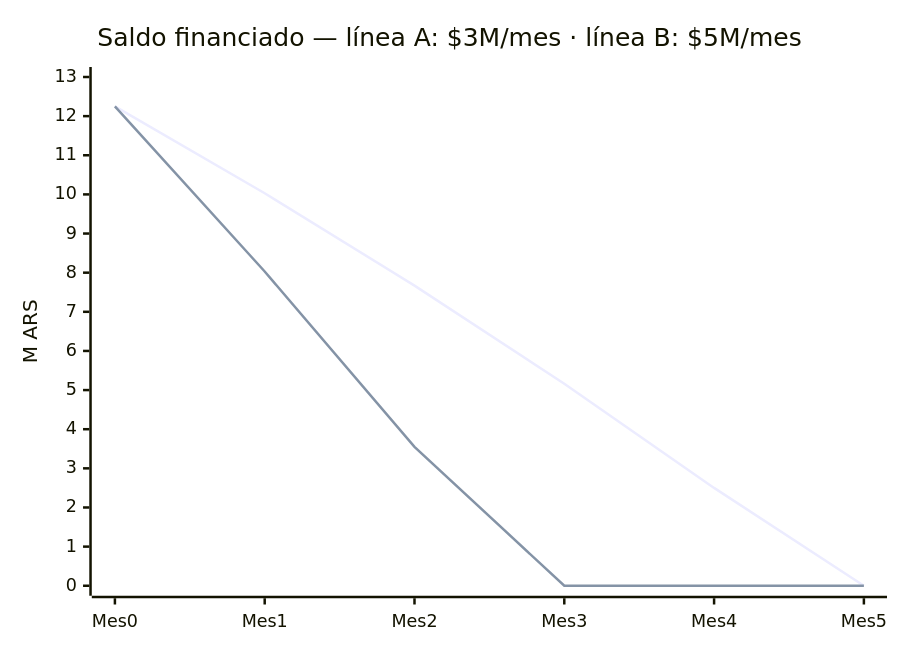
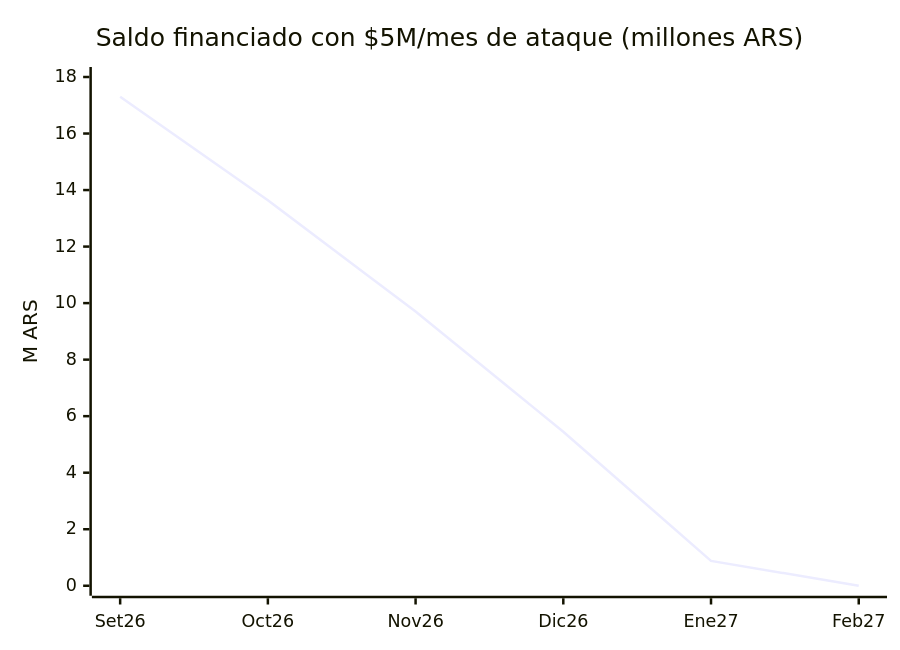
Before and after one commit to mercurioctrl/obsidian-hermess: the diagram in Finanzas/Tarjetas/Proyección de Pago.md, drawn with Mermaid. The commit also changed other lines of this file, not shown here.

````diff
--- a/Finanzas/Tarjetas/Proyección de Pago.md
+++ b/Finanzas/Tarjetas/Proyección de Pago.md
@@ -47,8 +50,7 @@
 ```mermaid
 xychart-beta
-    title "Saldo financiado — línea A: $3M/mes · línea B: $5M/mes"
-    x-axis [Mes0, Mes1, Mes2, Mes3, Mes4, Mes5]
-    y-axis "M ARS" 0 --> 13
-    line [12.25, 10.03, 7.67, 5.16, 2.5, 0.0, 0.0]
-    line [12.25, 8.03, 3.55, 0.0, 0.0, 0.0, 0.0]
+    title "Saldo financiado con $5M/mes de ataque (millones ARS)"
+    x-axis [Set26, Oct26, Nov26, Dic26, Ene27, Feb27]
+    y-axis "M ARS" 0 --> 18
+    line [17.3, 13.64, 9.70, 5.45, 0.88, 0.0]
 ```
````
